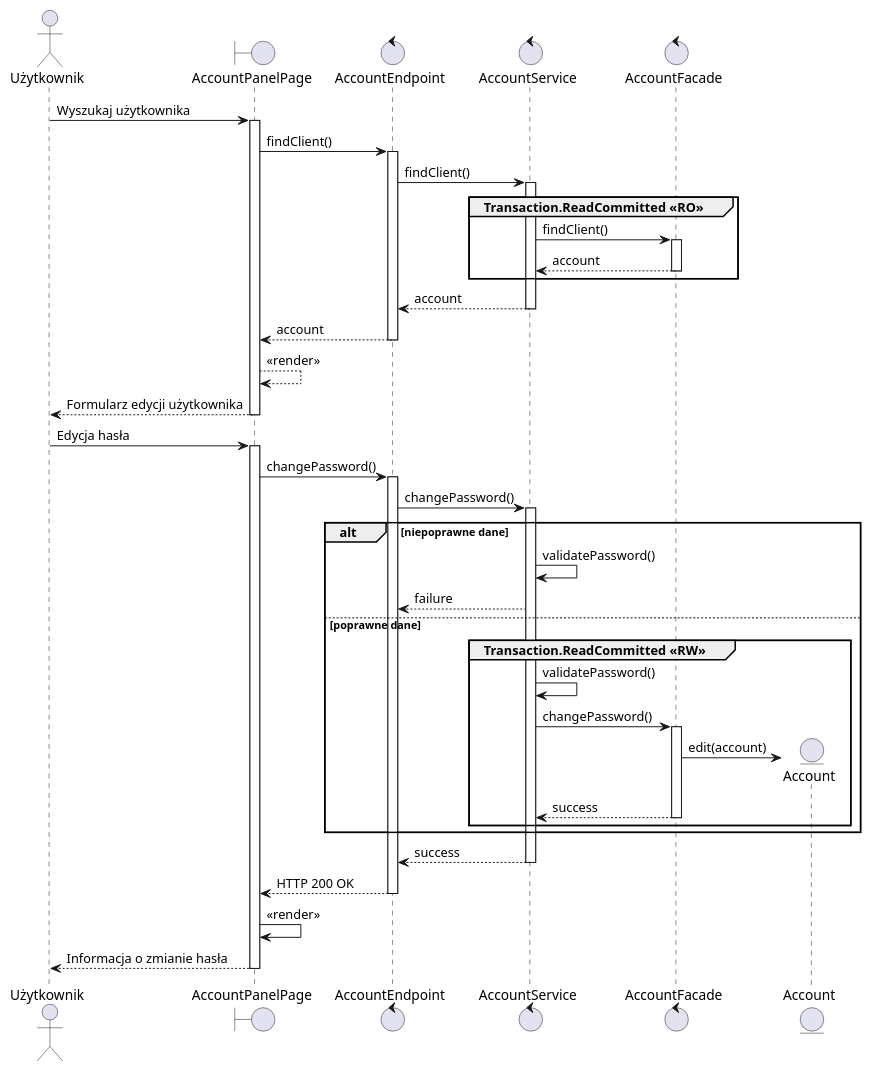
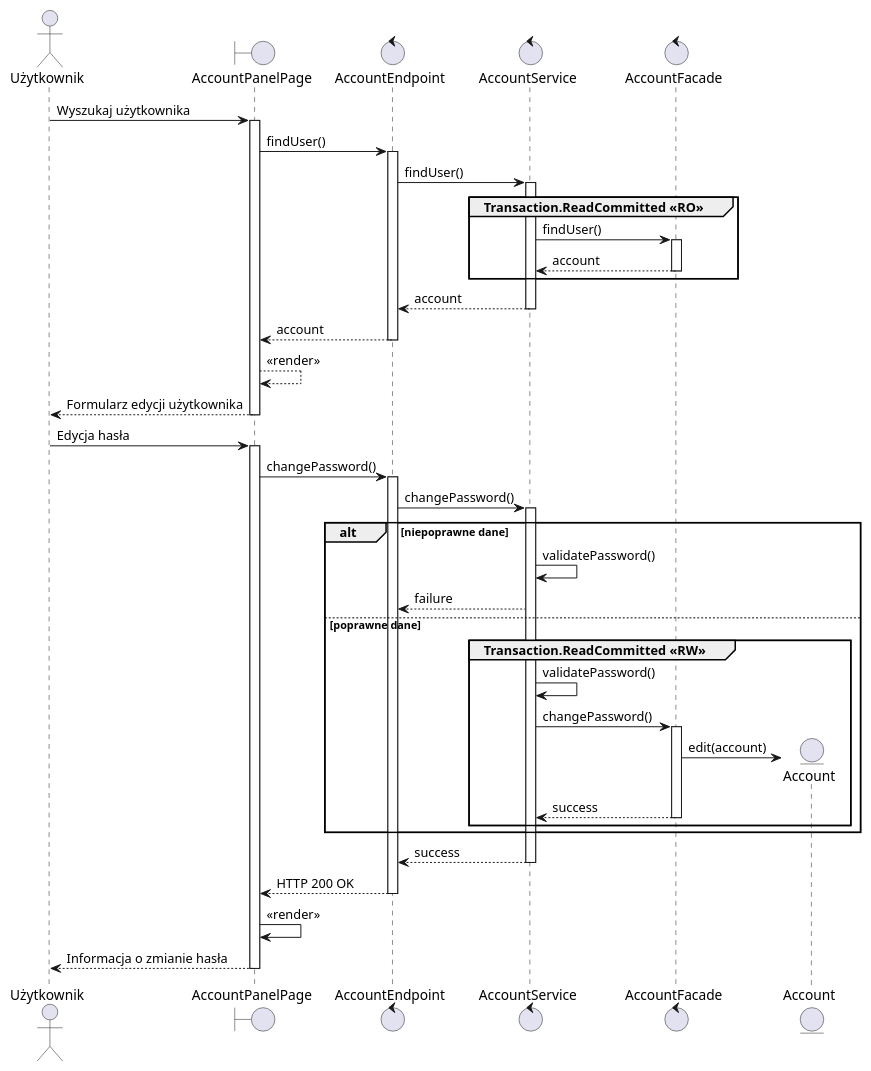
The diagram in src/rozdział 7/mok7.puml (TheVivent-Politechnika-Lodzka/ssbd03_kic_uml), drawn with PlantUML before and after one commit. The commit also changed 2 other files, not shown here.

```diff
--- a/src/rozdział 7/mok7.puml
+++ b/src/rozdział 7/mok7.puml
@@ -1,47 +1,47 @@
 @startuml MOK.7 Zmiana własnego hasła
 
 actor Użytkownik as client
 boundary AccountPanelPage as gui
 control AccountEndpoint as controller
 control AccountService as service
 control AccountFacade as facade
 entity Account as account
 
 client -> gui ++ : Wyszukaj użytkownika
-gui -> controller ++ :  findClient()
-controller -> service ++ : findClient()
+gui -> controller ++ :  findUser()
+controller -> service ++ : findUser()
 group Transaction.ReadCommitted <<RO>>
-    service -> facade ++ : findClient()
+    service -> facade ++ : findUser()
     return account
 end
 return account
 return account
 gui --> gui : <<render>>
 return Formularz edycji użytkownika
 
 client -> gui ++ : Edycja hasła
 gui -> controller ++ : changePassword()
 controller -> service ++ : changePassword() 
 ' group Transaction. ?????
 ' service -> service : validatePassword()
 ' znajdz konto
 
 alt niepoprawne dane
     service -> service : validatePassword()
     service --> controller : failure
 else poprawne dane
     group Transaction.ReadCommitted <<RW>>
         service -> service : validatePassword()
         service -> facade ++ : changePassword()
         facade -> account ** : edit(account)
     return success
     end
 end
 
 return success
 return HTTP 200 OK
 gui -> gui : <<render>>
 return Informacja o zmianie hasła
 
 
 @enduml
```
